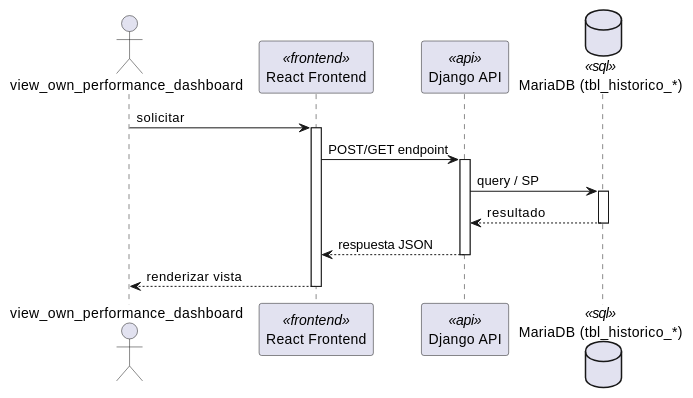
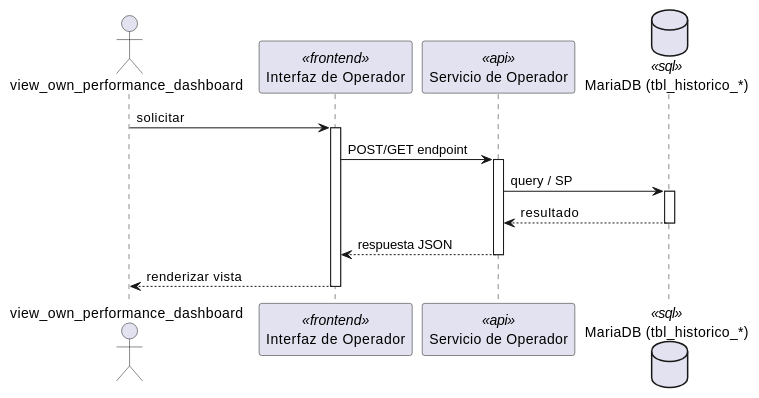
Before and after one commit to jcg-admin/IACT-docs: the first of 2 diagrams in source/arquitectura-tecnica/DesignView/opr-08.rst, drawn with PlantUML. The commit also changed other lines of this file and 243 other files, not shown here.

First line of the commit message:
Add missing diagrams and fix participant names across Kruchten views

```diff
--- a/source/arquitectura-tecnica/DesignView/opr-08.rst
+++ b/source/arquitectura-tecnica/DesignView/opr-08.rst
@@ -22,28 +22,28 @@
 .. uml::
  :caption: UC_OPR_08 — Design View (secuencia)
 
  @startuml
 
  actor "view_own_performance_dashboard" as view_own_performance_dashboard
- participant "React Frontend" as Frontend <<frontend>>
- participant "Django API" as APIServer <<api>>
- database "MariaDB (tbl_historico_*)" as BaseDatos <<sql>>
+ participant "Interfaz de Operador" as Iface <<frontend>>
+ participant "Servicio de Operador" as SvcNode <<api>>
+ database "MariaDB (tbl_historico_*)" as Store <<sql>>
 
- view_own_performance_dashboard -> Frontend : solicitar
- activate Frontend
+ view_own_performance_dashboard -> Iface : solicitar
+ activate Iface
 
- Frontend -> APIServer : POST/GET endpoint
- activate APIServer
+ Iface -> SvcNode : POST/GET endpoint
+ activate SvcNode
 
- APIServer -> BaseDatos : query / SP
- activate BaseDatos
- BaseDatos --> APIServer : resultado
- deactivate BaseDatos
+ SvcNode -> Store : query / SP
+ activate Store
+ Store --> SvcNode : resultado
+ deactivate Store
 
- APIServer --> Frontend : respuesta JSON
- deactivate APIServer
+ SvcNode --> Iface : respuesta JSON
+ deactivate SvcNode
 
- Frontend --> view_own_performance_dashboard : renderizar vista
- deactivate Frontend
+ Iface --> view_own_performance_dashboard : renderizar vista
+ deactivate Iface
 
  @enduml
```
